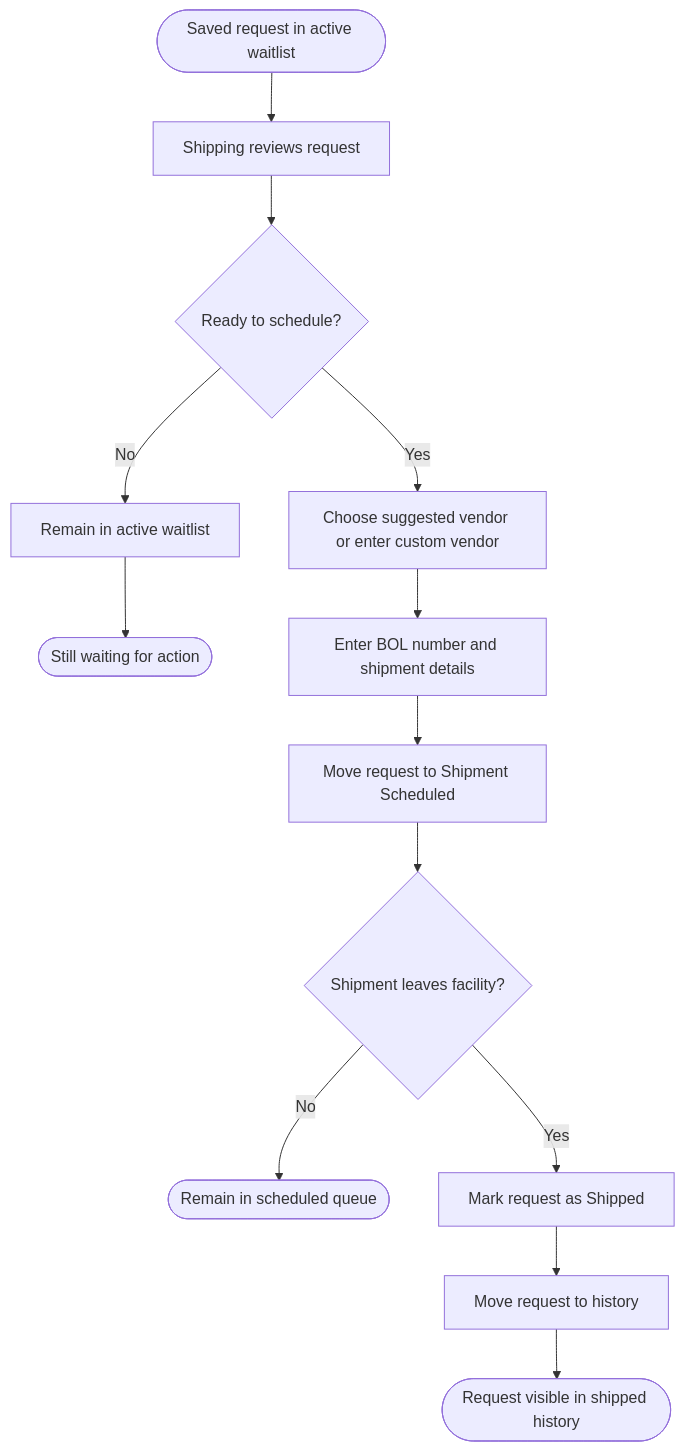
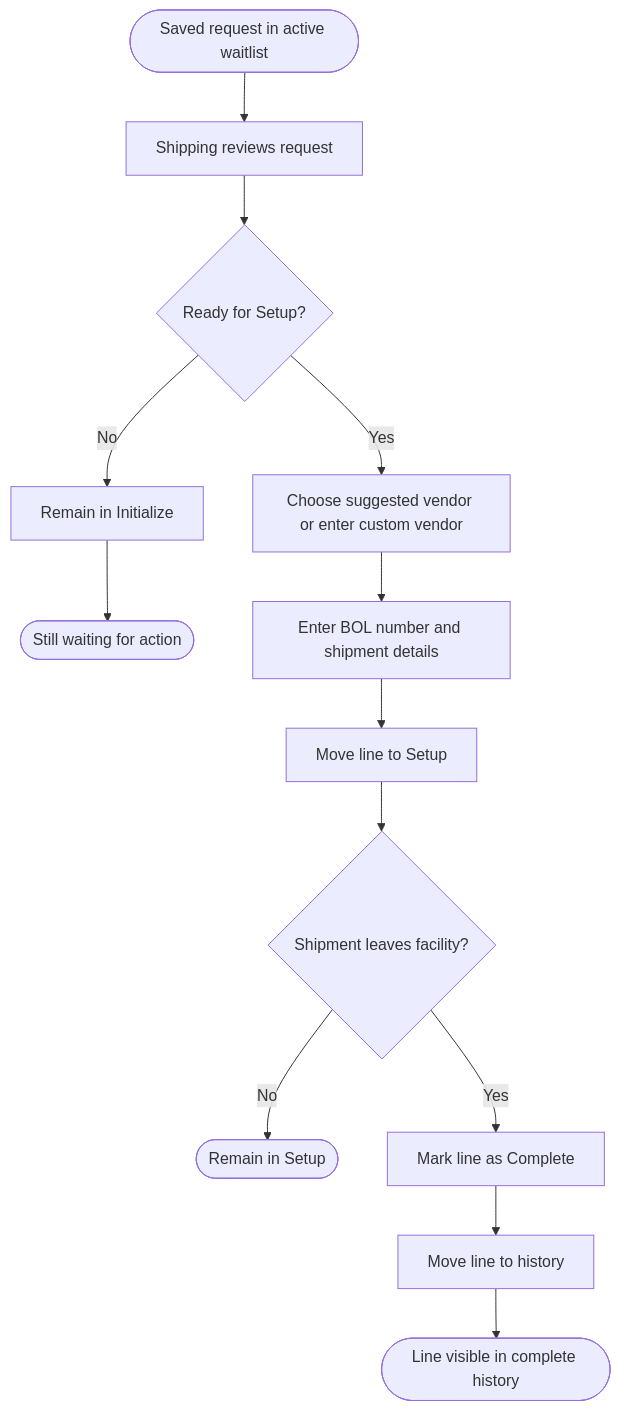
The second of 2 diagrams in docs/Modules/Module_OutsideService/End-User-Workflow-And-Mockups.md (JDKoll1982/MTM_Receiving_Application), drawn with Mermaid before and after one commit. The commit also changed other lines of this file and 1 other file, not shown here.

Commit message:
feat: update Module_OutsideService documentation to clarify waitlist line phases and workflow

````diff
--- a/docs/Modules/Module_OutsideService/End-User-Workflow-And-Mockups.md
+++ b/docs/Modules/Module_OutsideService/End-User-Workflow-And-Mockups.md
@@ -66,15 +65,15 @@
 ```mermaid
 flowchart TD
   W2_1_Start([Saved request in active waitlist]) --> W2_1_ShippingReview[Shipping reviews request]
-  W2_1_ShippingReview --> W2_1_ScheduleDecision{Ready to schedule?}
-  W2_1_ScheduleDecision -->|No| W2_1_StayOpen[Remain in active waitlist]
+  W2_1_ShippingReview --> W2_1_SetupDecision{Ready for Setup?}
+  W2_1_SetupDecision -->|No| W2_1_StayOpen[Remain in Initialize]
   W2_1_StayOpen --> W2_1_OpenEnd([Still waiting for action])
-  W2_1_ScheduleDecision -->|Yes| W2_1_SelectVendor[Choose suggested vendor or enter custom vendor]
+  W2_1_SetupDecision -->|Yes| W2_1_SelectVendor[Choose suggested vendor or enter custom vendor]
   W2_1_SelectVendor --> W2_1_AddShipmentData[Enter BOL number and shipment details]
-  W2_1_AddShipmentData --> W2_1_ScheduledState[Move request to Shipment Scheduled]
-  W2_1_ScheduledState --> W2_1_ShipConfirm{Shipment leaves facility?}
-  W2_1_ShipConfirm -->|No| W2_1_ScheduledEnd([Remain in scheduled queue])
-  W2_1_ShipConfirm -->|Yes| W2_1_MarkShipped[Mark request as Shipped]
-  W2_1_MarkShipped --> W2_1_HistoryMove[Move request to history]
-  W2_1_HistoryMove --> W2_1_HistoryEnd([Request visible in shipped history])
+  W2_1_AddShipmentData --> W2_1_SetupState[Move line to Setup]
+  W2_1_SetupState --> W2_1_CompleteDecision{Shipment leaves facility?}
+  W2_1_CompleteDecision -->|No| W2_1_SetupEnd([Remain in Setup])
+  W2_1_CompleteDecision -->|Yes| W2_1_MarkComplete[Mark line as Complete]
+  W2_1_MarkComplete --> W2_1_HistoryMove[Move line to history]
+  W2_1_HistoryMove --> W2_1_HistoryEnd([Line visible in complete history])
 ```
````
